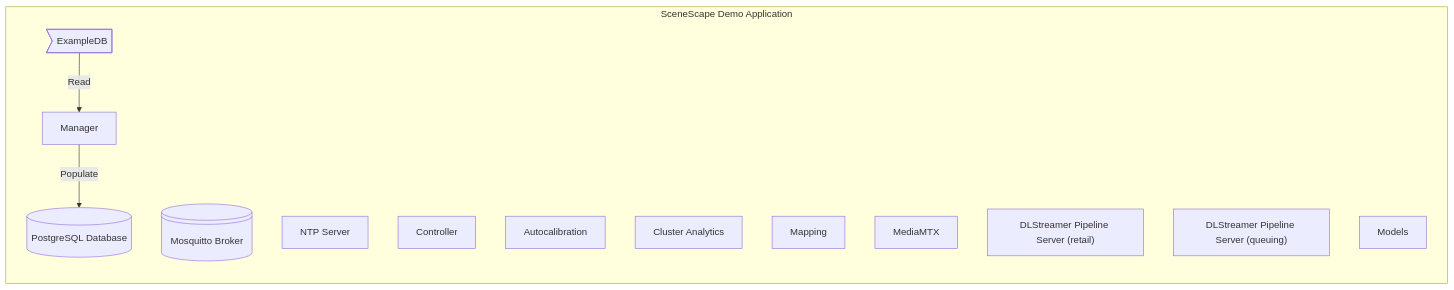
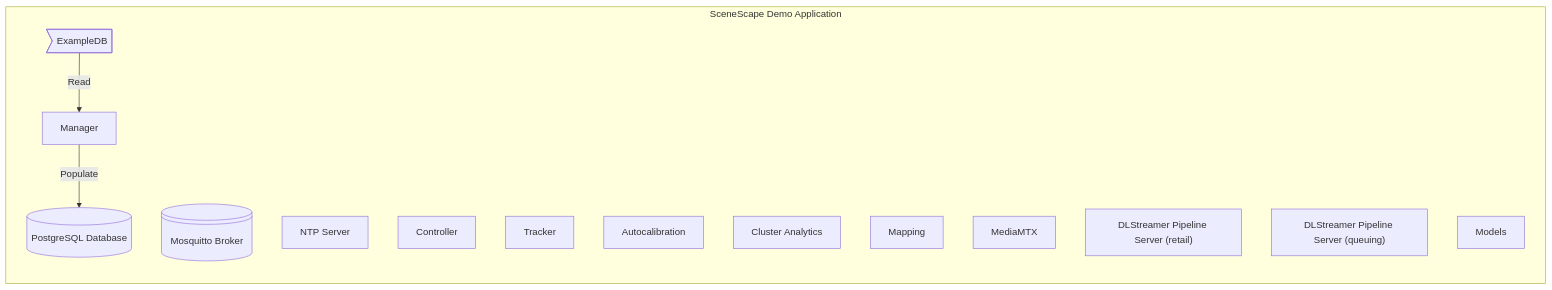
One commit to open-edge-platform/scenescape changed the first of 2 diagrams in docs/design/core-scenescape-deployment-package.md. Above: the diagram before and after it, drawn with Mermaid. The commit also changed other lines of this file, not shown here.

````diff
--- a/docs/design/core-scenescape-deployment-package.md
+++ b/docs/design/core-scenescape-deployment-package.md
@@ -41,21 +41,22 @@
 ```mermaid
 flowchart LR
   subgraph SceneScape Demo Application
     Postgres["PostgreSQL Database"]@{ shape: "cylinder" }
     Mosquitto["Mosquitto Broker"]@{ shape: "lin-cyl" }
     NTP["NTP Server"]
     Manager["Manager"]
     Controller["Controller"]
+    Tracker["Tracker"]
     Autocalibration["Autocalibration"]
     ClusterAnalytics["Cluster Analytics"]
     Mapping["Mapping"]
     MediaMtx["MediaMTX"]
     ExampleDB@{ shape: "odd" }
     DLSPSRetail["DLStreamer Pipeline Server (retail)"]
     DLSPSSQueuing["DLStreamer Pipeline Server (queuing)"]
     Models["Models"]
 
     ExampleDB -->|Read| Manager
     Manager -->|Populate| Postgres
   end
 ```
````
